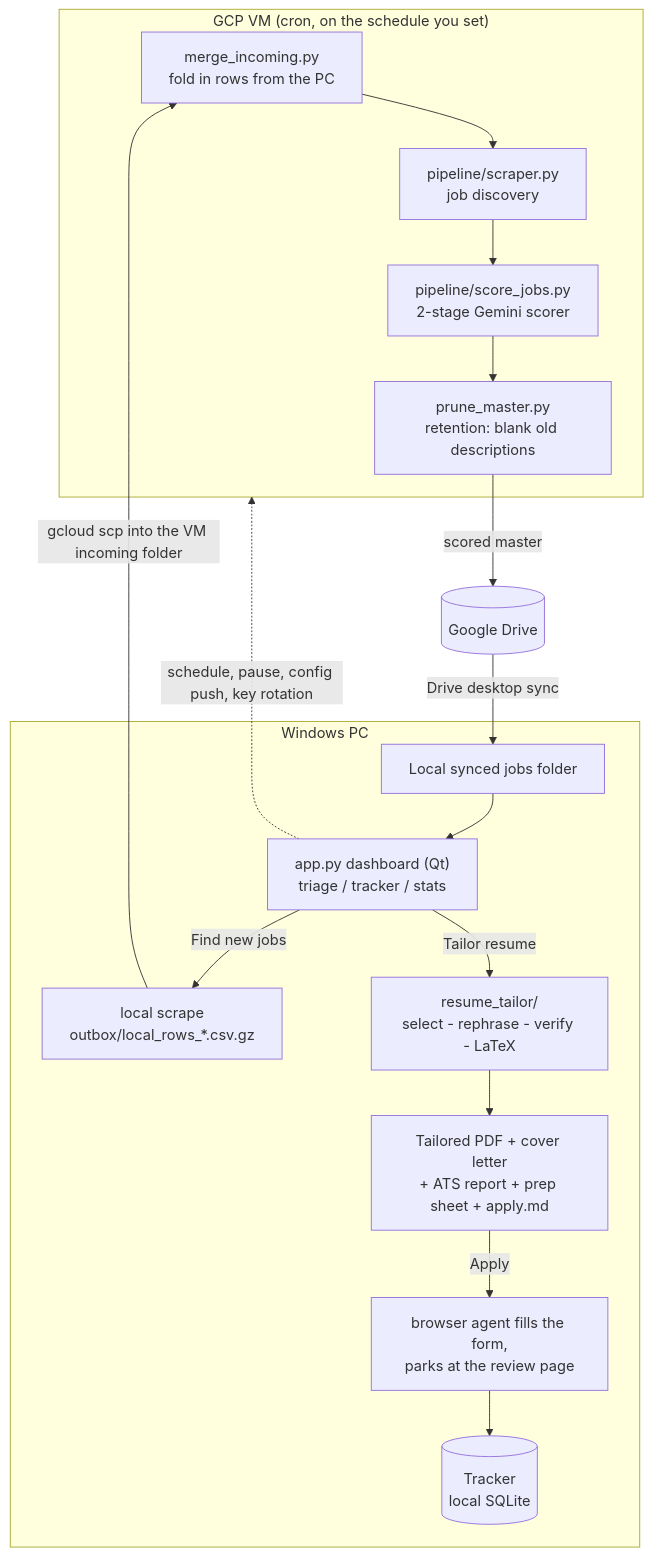
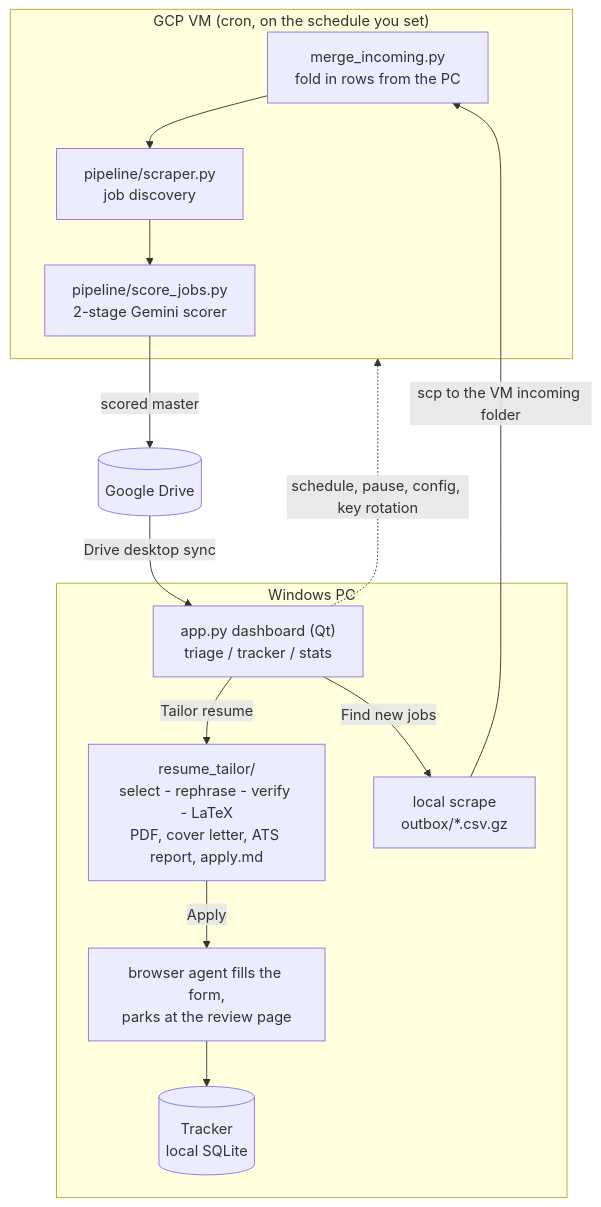
Before and after one commit to yib7/INployed: the first of 2 diagrams in README.md, drawn with Mermaid.

Commit message:
docs(readme): shorten the architecture diagram to the nodes that carry the flow
Measured through mermaid rather than guessed. The twelve-node version rendered
647x1680, and flowchart LR rendered 3237x316, which GitHub fits to the content
column and turns into unreadable text. Nine nodes at 647x1320 is a 1:2.04 ratio,
tighter than the 346x1029 of the diagram this replaces.

Dropped prune_master.py and the intermediate synced-folder node, and folded the
tailor's four outputs onto the tailor node. All three are still in
docs/ARCHITECTURE.md, which is where retention belongs.

````diff
--- a/README.md
+++ b/README.md
@@ -47,20 +47,15 @@
 ```mermaid
 flowchart TD
     subgraph Cloud["GCP VM (cron, on the schedule you set)"]
-        M["merge_incoming.py<br/>fold in rows from the PC"] --> A["pipeline/scraper.py<br/>job discovery"]
-        A --> B["pipeline/score_jobs.py<br/>2-stage Gemini scorer"]
-        B --> PR["prune_master.py<br/>retention: blank old descriptions"]
+        M["merge_incoming.py<br/>fold in rows from the PC"] --> A["pipeline/scraper.py<br/>job discovery"] --> B["pipeline/score_jobs.py<br/>2-stage Gemini scorer"]
     end
-    PR -->|scored master| C[("Google Drive")]
-    C -->|Drive desktop sync| D["Local synced jobs folder"]
+    B -->|scored master| C[("Google Drive")]
+    C -->|Drive desktop sync| E
     subgraph Desktop["Windows PC"]
-        D --> E["app.py dashboard (Qt)<br/>triage / tracker / stats"]
-        E -->|Find new jobs| L["local scrape<br/>outbox/local_rows_*.csv.gz"]
-        E -->|Tailor resume| F["resume_tailor/<br/>select - rephrase - verify - LaTeX"]
-        F --> G["Tailored PDF + cover letter<br/>+ ATS report + prep sheet + apply.md"]
-        G -->|Apply| H["browser agent fills the form,<br/>parks at the review page"]
-        H --> T[("Tracker<br/>local SQLite")]
+        E["app.py dashboard (Qt)<br/>triage / tracker / stats"] -->|Tailor resume| F["resume_tailor/<br/>select - rephrase - verify - LaTeX<br/>PDF, cover letter, ATS report, apply.md"]
+        F -->|Apply| H["browser agent fills the form,<br/>parks at the review page"] --> T[("Tracker<br/>local SQLite")]
+        E -->|Find new jobs| L["local scrape<br/>outbox/*.csv.gz"]
     end
-    L -->|gcloud scp into the VM incoming folder| M
-    E -.->|schedule, pause, config push, key rotation| Cloud
+    L -->|scp to the VM incoming folder| M
+    E -.->|schedule, pause, config, key rotation| Cloud
 ```
````
